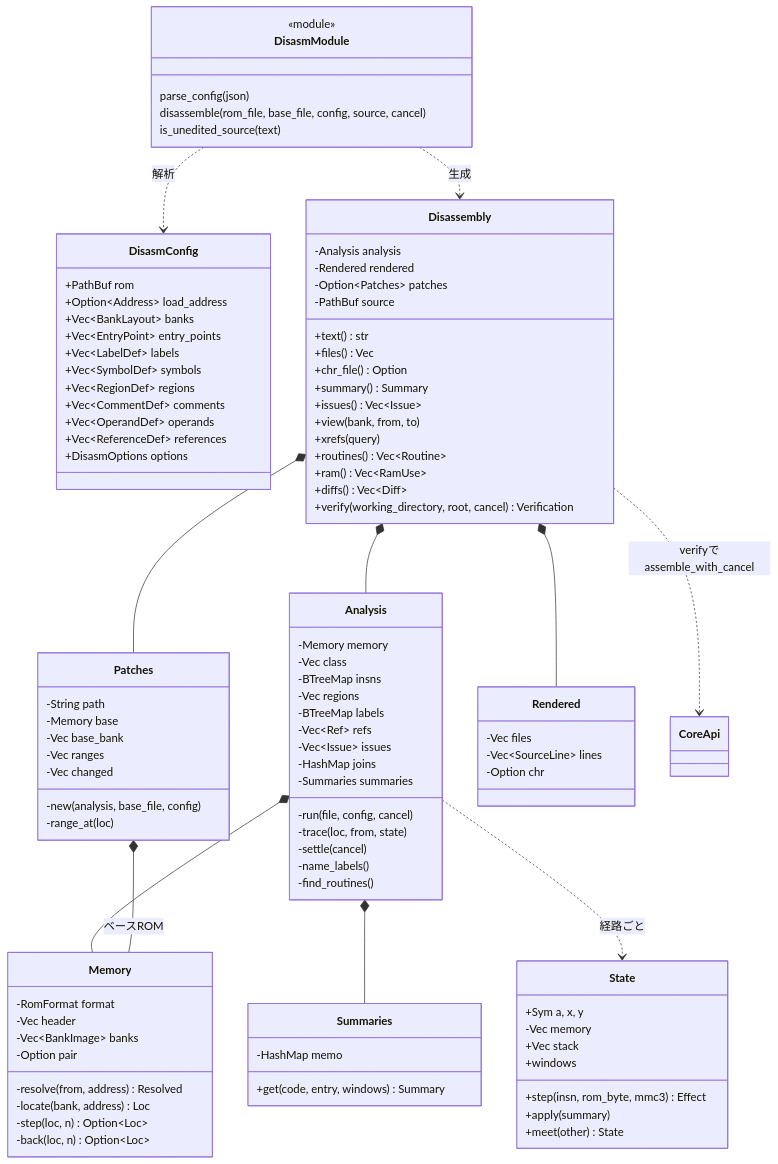
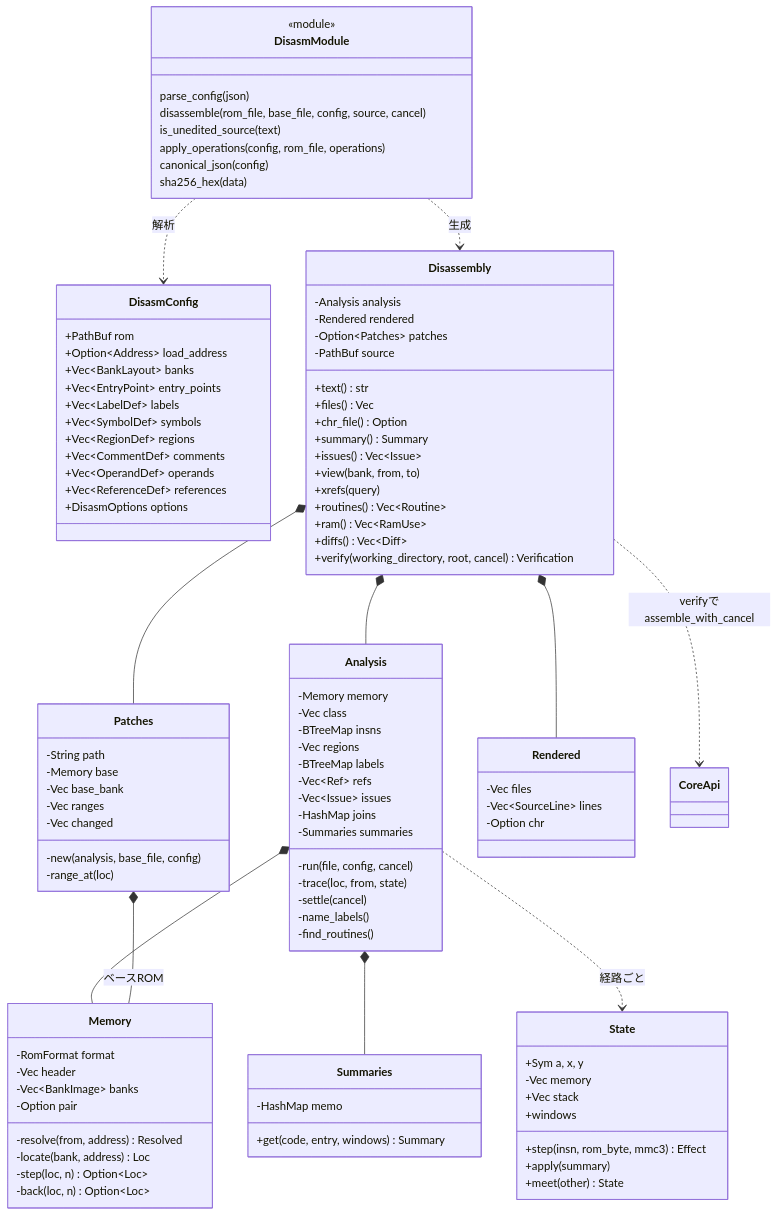
Before and after one commit to rock5easily/NesAsmRs: the seventh of 7 diagrams in docs/rust-uml.md, drawn with Mermaid. The commit also changed other lines of this file and 16 other files, not shown here.

```diff
--- a/docs/rust-uml.md
+++ b/docs/rust-uml.md
@@ -727,6 +731,9 @@
         parse_config(json)
         disassemble(rom_file, base_file, config, source, cancel)
         is_unedited_source(text)
+        apply_operations(config, rom_file, operations)
+        canonical_json(config)
+        sha256_hex(data)
     }
     DisasmModule ..> Disassembly : 生成
     DisasmModule ..> DisasmConfig : 解析
```
